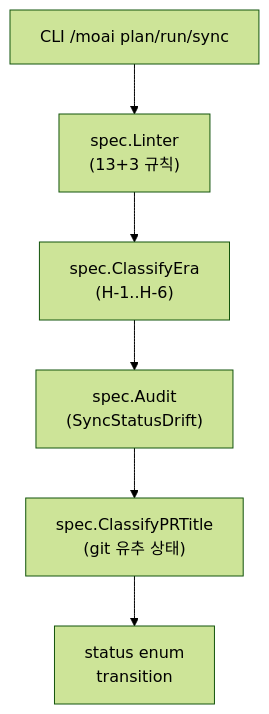
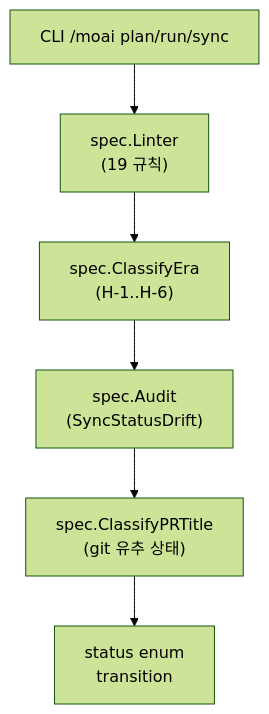
Before and after one commit to modu-ai/moai-adk: the second of 9 diagrams in .moai/project/codemaps/data-flow.md, drawn with Mermaid (forest theme). The commit also changed other lines of this file and 8 other files, not shown here.

````diff
--- a/.moai/project/codemaps/data-flow.md
+++ b/.moai/project/codemaps/data-flow.md
@@ -40,15 +40,15 @@
 ```mermaid
 flowchart TD
     A["CLI /moai plan/run/sync"]
-    B["spec.Linter<br/>(13+3 규칙)"]
+    B["spec.Linter<br/>(19 규칙)"]
     C["spec.ClassifyEra<br/>(H-1..H-6)"]
     D["spec.Audit<br/>(SyncStatusDrift)"]
     E["spec.ClassifyPRTitle<br/>(git 유추 상태)"]
     F["status enum<br/>transition"]
     
     A --> B
     B --> C
     C --> D
     D --> E
     E --> F
 ```
````
